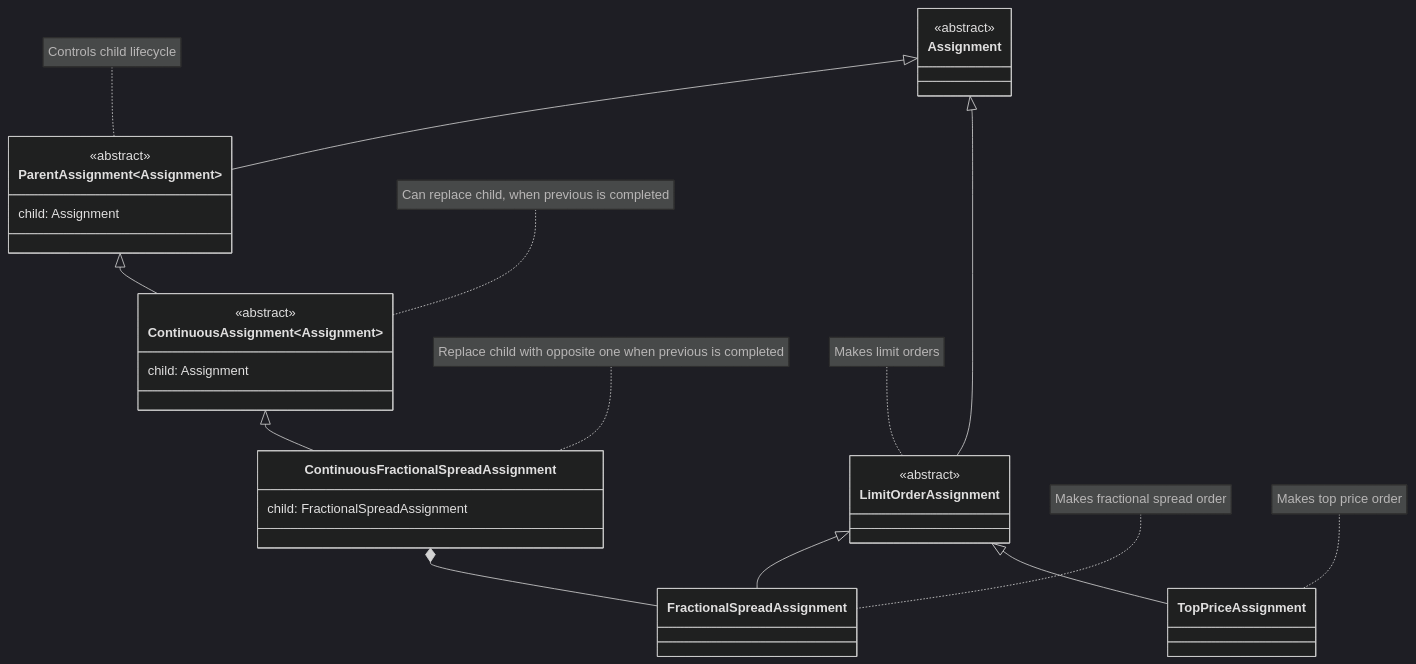
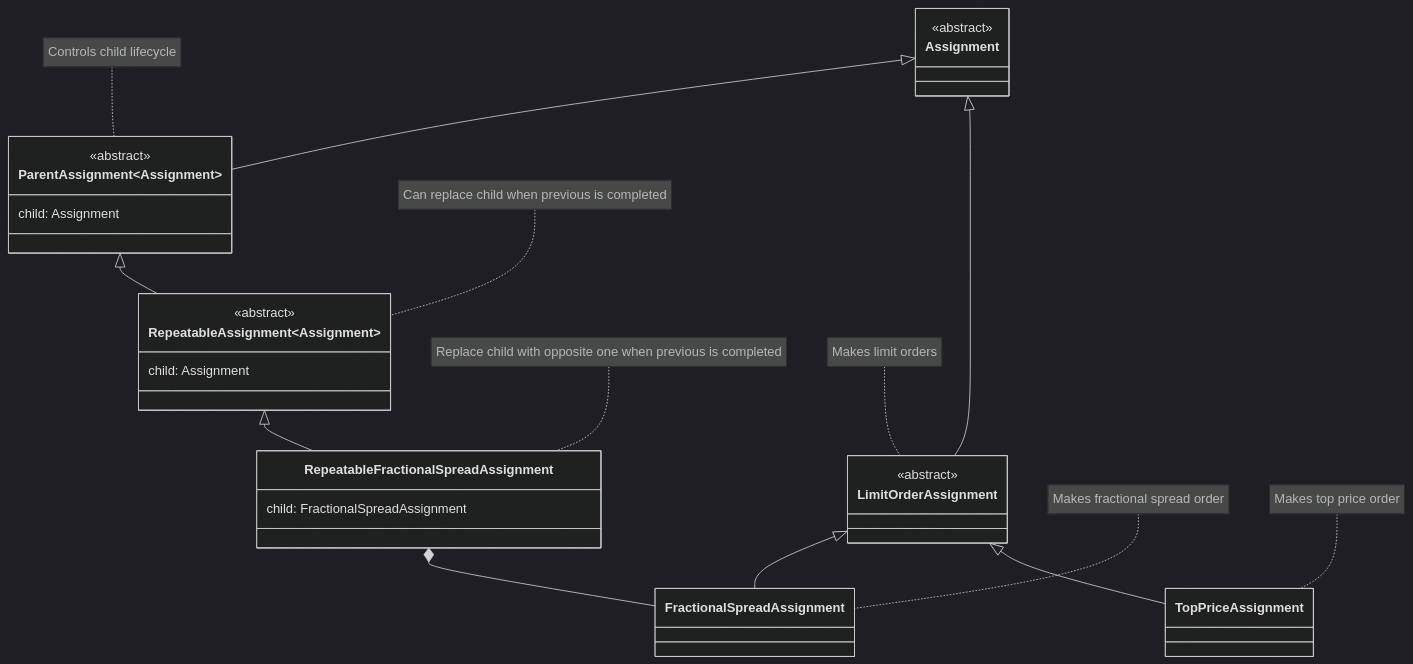
Before and after one commit to pashkovske/buratino: the diagram in src/main/kotlin/ru/pashkovske/buratino/assignment/code.md, drawn with Mermaid (dark theme). The commit also changed other lines of this file and 113 other files, not shown here.

````diff
--- a/src/main/kotlin/ru/pashkovske/buratino/assignment/code.md
+++ b/src/main/kotlin/ru/pashkovske/buratino/assignment/code.md
@@ -9,38 +9,38 @@
 ```mermaid
 classDiagram
     class Assignment {
         <<abstract>>
     }
     class ParentAssignment~Assignment~ {
         <<abstract>>
         child: Assignment
     }
     note for ParentAssignment "Controls child lifecycle"
-    class ContinuousAssignment~Assignment~ {
+    class RepeatableAssignment~Assignment~ {
         <<abstract>>
         child: Assignment
     }
-    note for ContinuousAssignment "Can replace child, when previous is completed"
-    class ContinuousFractionalSpreadAssignment {
+    note for RepeatableAssignment "Can replace child when previous is completed"
+    class RepeatableFractionalSpreadAssignment {
         child: FractionalSpreadAssignment
     }
-    note for ContinuousFractionalSpreadAssignment "Replace child with opposite one when previous is completed"
+    note for RepeatableFractionalSpreadAssignment "Replace child with opposite one when previous is completed"
     class LimitOrderAssignment {
         <<abstract>>
     }
     note for LimitOrderAssignment "Makes limit orders"
     class FractionalSpreadAssignment {
     }
     note for FractionalSpreadAssignment "Makes fractional spread order"
     class TopPriceAssignment {
     }
     note for TopPriceAssignment "Makes top price order"
 
     Assignment <|-- ParentAssignment
-    ParentAssignment <|-- ContinuousAssignment
-    ContinuousAssignment <|-- ContinuousFractionalSpreadAssignment
+    ParentAssignment <|-- RepeatableAssignment
+    RepeatableAssignment <|-- RepeatableFractionalSpreadAssignment
     Assignment <|-- LimitOrderAssignment
     LimitOrderAssignment <|-- FractionalSpreadAssignment
     LimitOrderAssignment <|-- TopPriceAssignment
-    ContinuousFractionalSpreadAssignment *-- FractionalSpreadAssignment
+    RepeatableFractionalSpreadAssignment *-- FractionalSpreadAssignment
 ```
````
